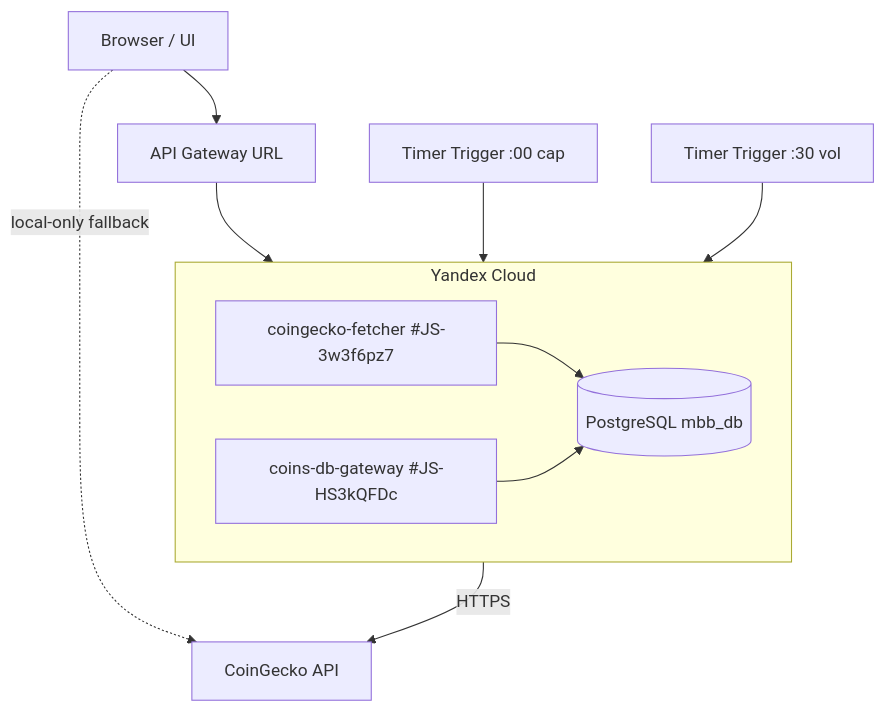
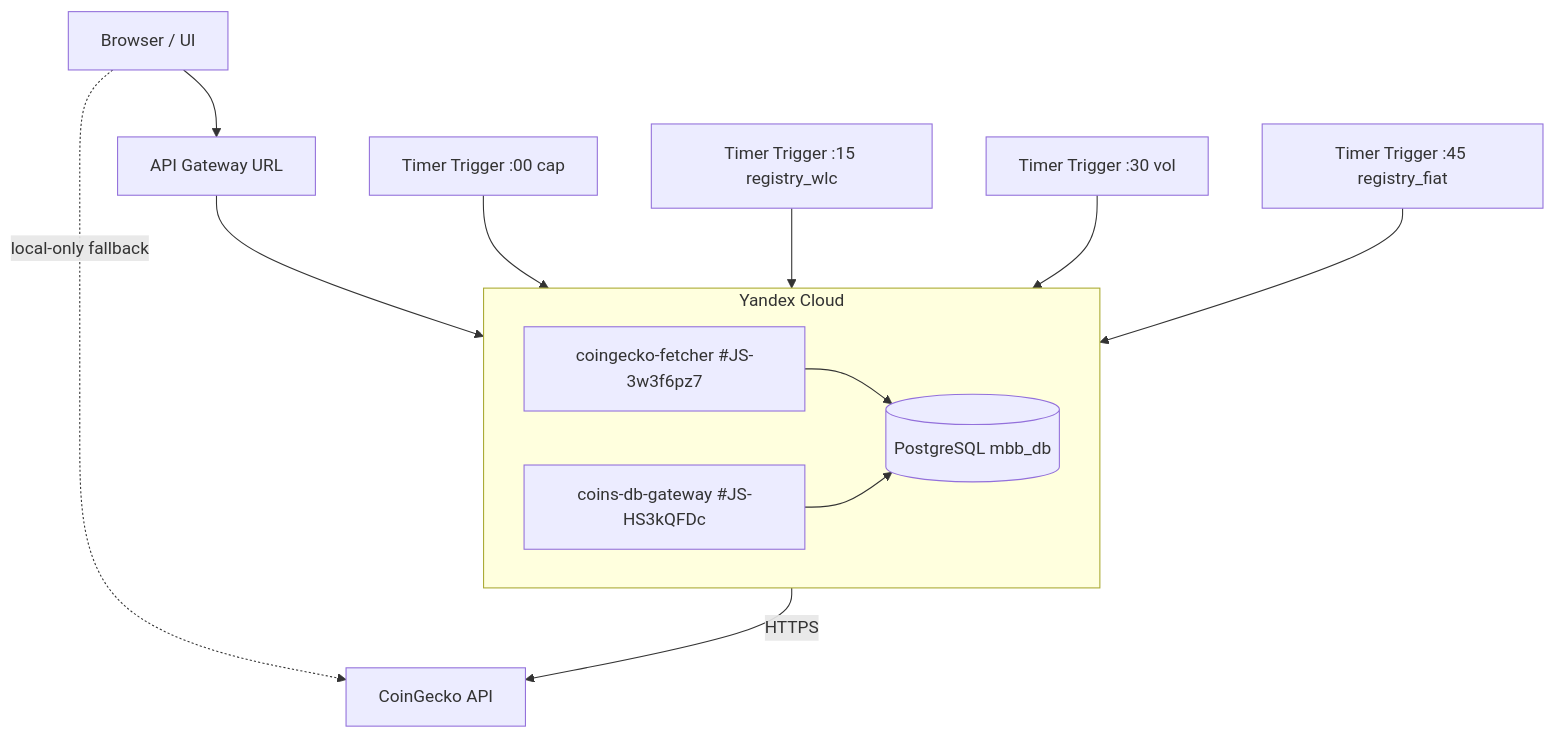
Before and after one commit to aoponomarev/mmb: the diagram in docs/ais/ais-yandex-cloud.md, drawn with Mermaid. The commit also changed other lines of this file and 15 other files, not shown here.

````diff
--- a/docs/ais/ais-yandex-cloud.md
+++ b/docs/ais/ais-yandex-cloud.md
@@ -33,16 +34,18 @@
 ```mermaid
 flowchart TD
     A1[Timer Trigger :00 cap] --> B
-    A2[Timer Trigger :30 vol] --> B
+    A2[Timer Trigger :15 registry_wlc] --> B
+    A3[Timer Trigger :30 vol] --> B
+    A4[Timer Trigger :45 registry_fiat] --> B
     subgraph B[Yandex Cloud]
         direction LR
         B1[coingecko-fetcher #JS-3w3f6pz7] --> B2[(PostgreSQL mbb_db)]
         B3[coins-db-gateway #JS-HS3kQFDc]
     end
 
     B1 -- HTTPS --> D[CoinGecko API]
     E[Browser / UI] --> F[API Gateway URL]
     F --> B3
     B3 --> B2
     E -. local-only fallback .-> D
 ```
````
